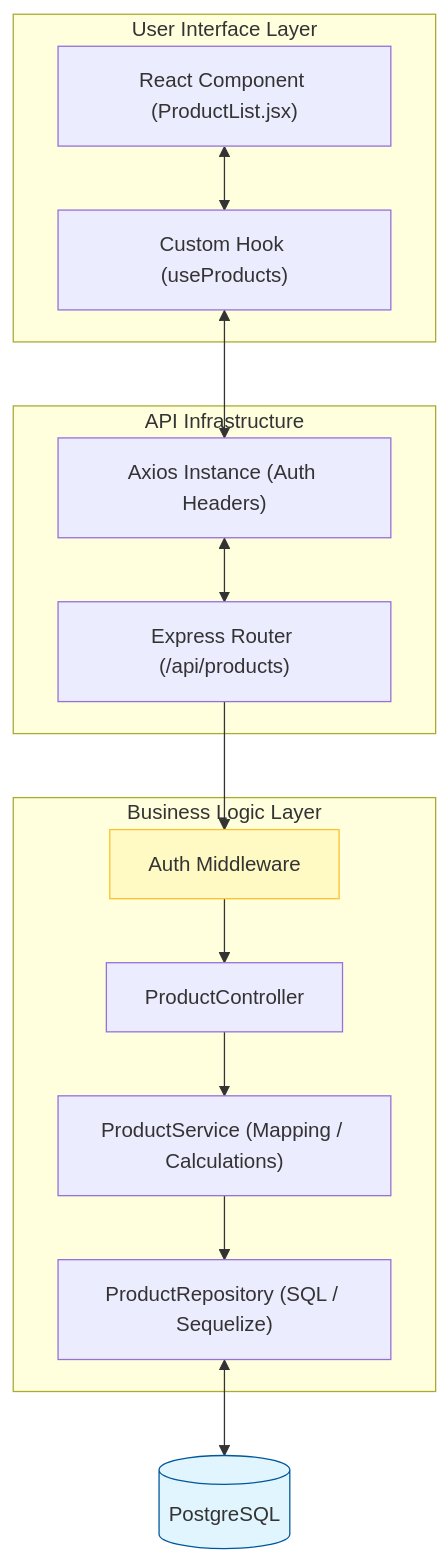
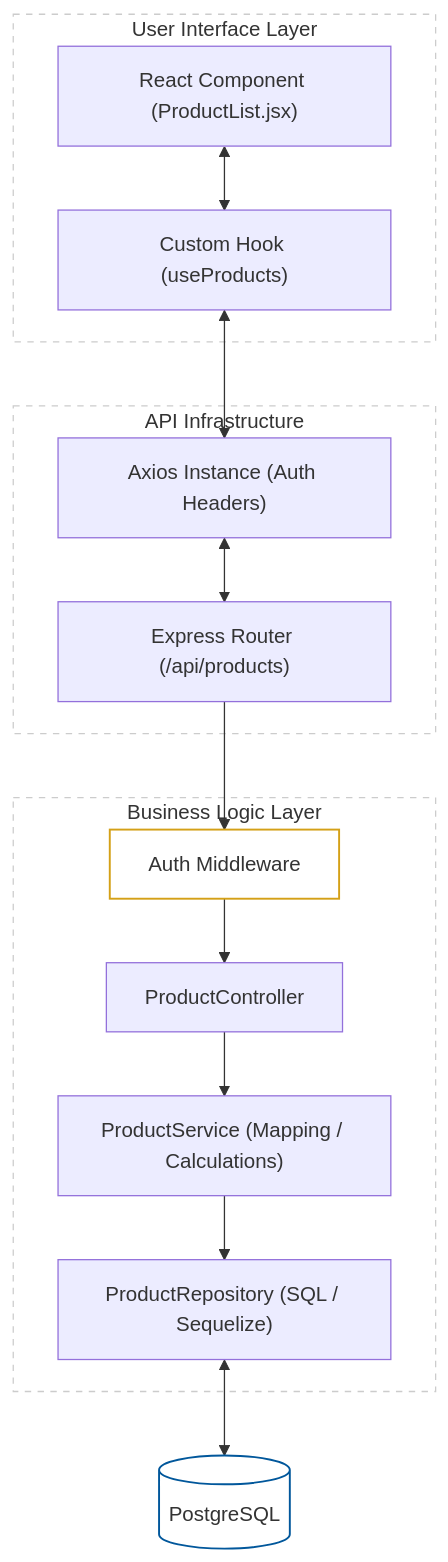
One commit to zakaishere/arch changed the third of 4 diagrams in README.md. Above: the diagram before and after it, drawn with Mermaid. The commit also changed other lines of this file, not shown here.

````diff
--- a/README.md
+++ b/README.md
@@ -117,34 +118,38 @@
 ```mermaid
 graph TD
     subgraph UI ["User Interface Layer"]
         Comp["React Component (ProductList.jsx)"]
         Hook["Custom Hook (useProducts)"]
     end
 
     subgraph API_Layer ["API Infrastructure"]
         Axios["Axios Instance (Auth Headers)"]
         BaseAPI["Express Router (/api/products)"]
     end
 
     subgraph Service_Oriented ["Business Logic Layer"]
         Middle["Auth Middleware"]
         Ctrl["ProductController"]
         Svc["ProductService (Mapping / Calculations)"]
         Repo["ProductRepository (SQL / Sequelize)"]
     end
 
     DB[(PostgreSQL)]
 
     %% Connections
     Comp <--> Hook
     Hook <--> Axios
     Axios <--> BaseAPI
     BaseAPI --> Middle
     Middle --> Ctrl
     Ctrl --> Svc
     Svc --> Repo
     Repo <--> DB
 
-    style DB fill:#e1f5fe,stroke:#01579b
-    style Middle fill:#fff9c4,stroke:#fbc02d
+    %% Styling for visibility
+    style DB fill:#ffffff,stroke:#01579b,stroke-width:1.5px
+    style Middle fill:#ffffff,stroke:#d4a017,stroke-width:1.5px
+    style UI fill:#ffffff,stroke:#cccccc,stroke-dasharray: 5 5
+    style API_Layer fill:#ffffff,stroke:#cccccc,stroke-dasharray: 5 5
+    style Service_Oriented fill:#ffffff,stroke:#cccccc,stroke-dasharray: 5 5
 ```
````
